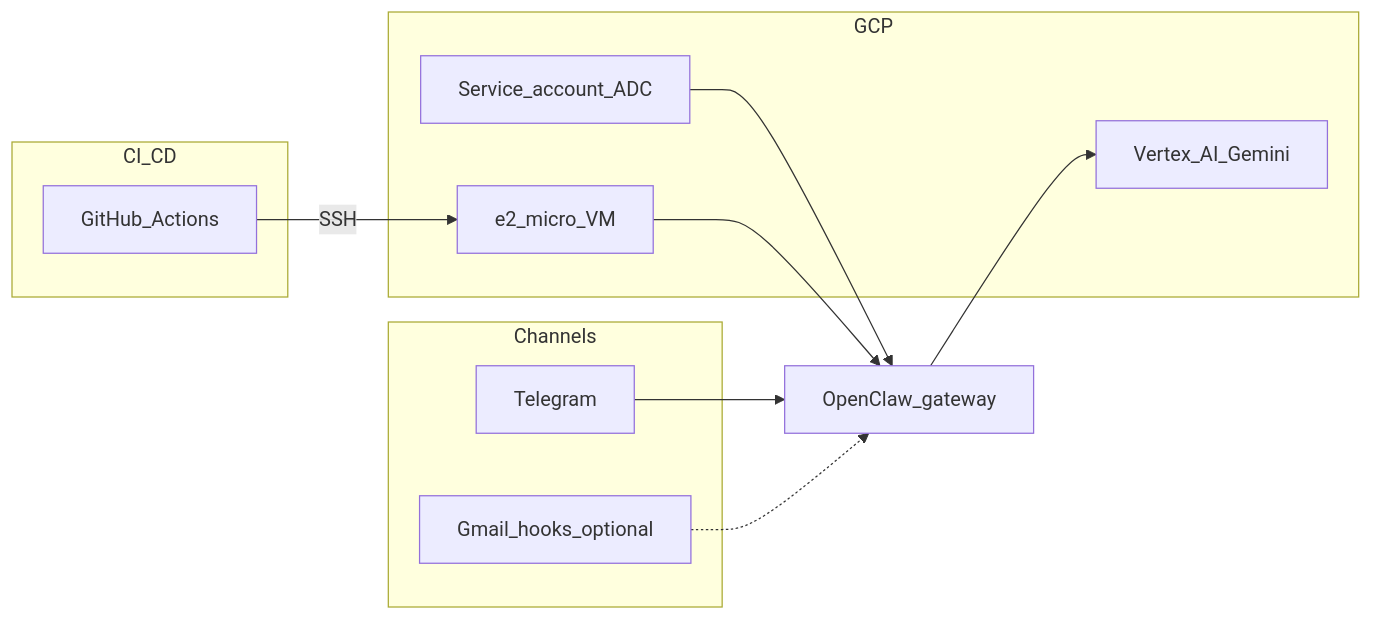
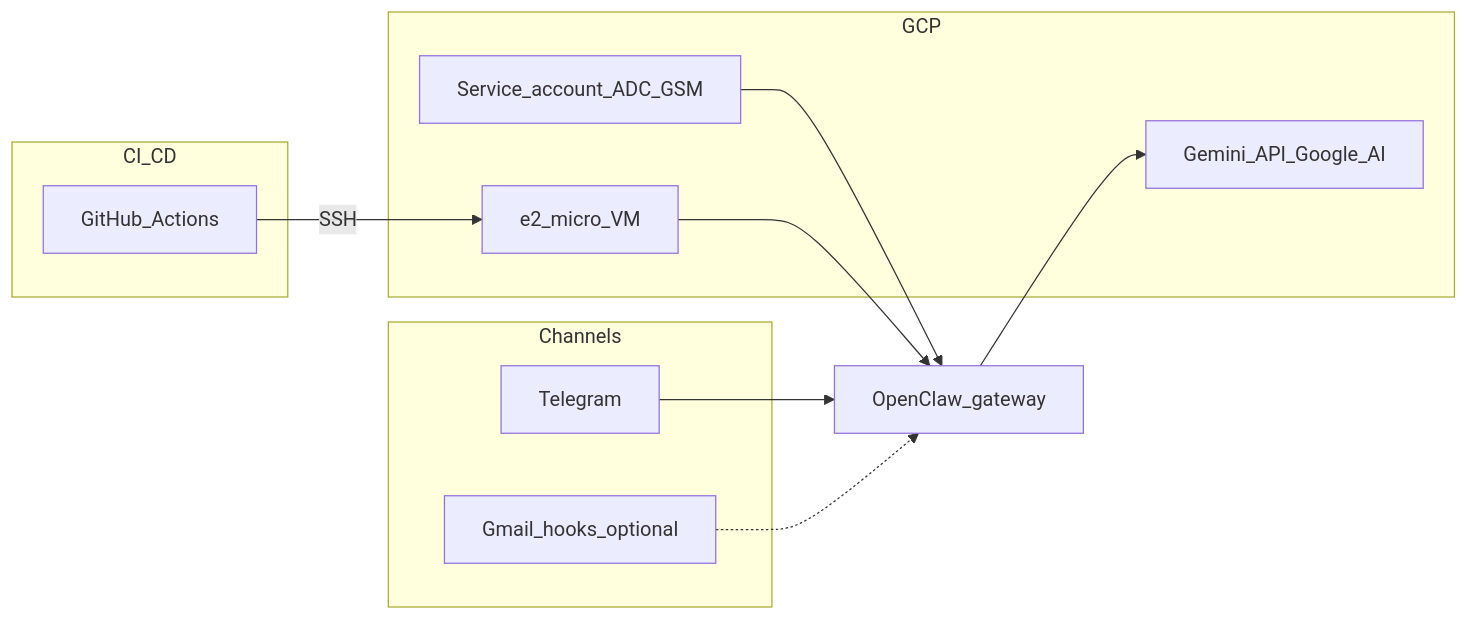
Before and after one commit to urospodkriznik/openclaw: the diagram in README.md, drawn with Mermaid. The commit also changed other lines of this file and 13 other files, not shown here.

Commit message:
vertex api to gemini api

````diff
--- a/README.md
+++ b/README.md
@@ -22,21 +22,21 @@
 ```mermaid
 flowchart LR
   subgraph channels [Channels]
     Telegram[Telegram]
     GmailOpt[Gmail_hooks_optional]
   end
   subgraph gcp [GCP]
     VM[e2_micro_VM]
-    Vertex[Vertex_AI_Gemini]
-    SA[Service_account_ADC]
+    Gemini[Gemini_API_Google_AI]
+    SA[Service_account_ADC_GSM]
   end
   subgraph cicd [CI_CD]
     GHA[GitHub_Actions]
   end
   Telegram --> Gateway[OpenClaw_gateway]
   GmailOpt -.-> Gateway
-  Gateway --> Vertex
+  Gateway --> Gemini
   SA --> Gateway
   VM --> Gateway
   GHA -->|SSH| VM
 ```
````
